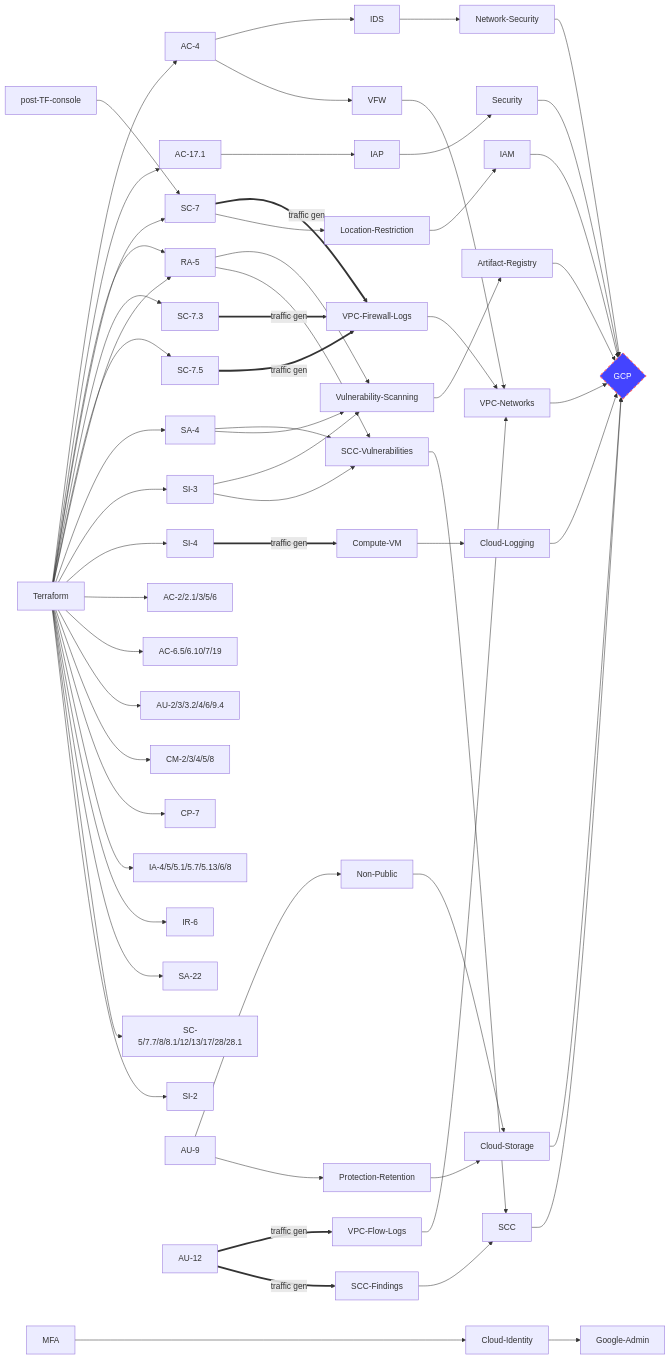
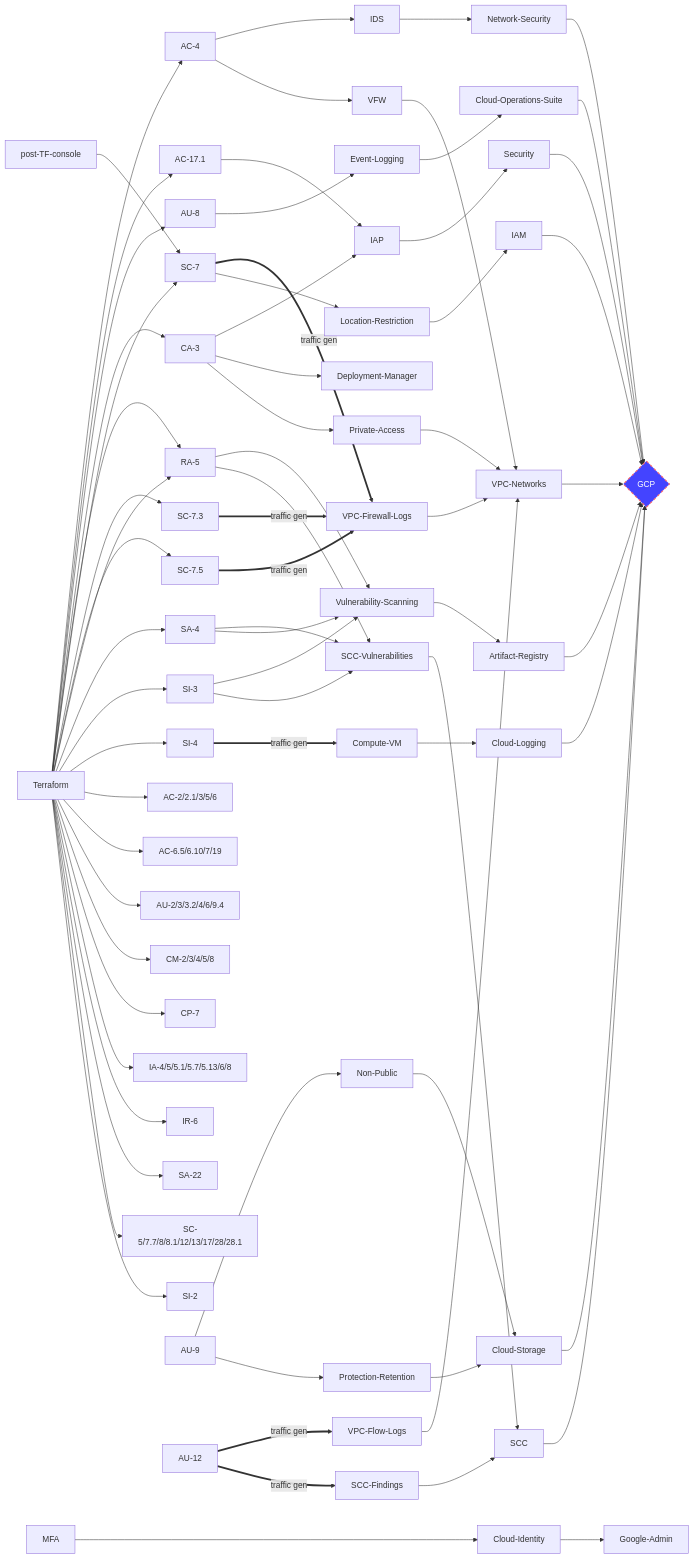
One commit to GoogleCloudPlatform/pbmm-on-gcp-onboarding changed the first of 2 diagrams in docs/google-cloud-security-controls.md. Above: the diagram before and after it, drawn with Mermaid. The commit also changed other lines of this file, not shown here.

````diff
--- a/docs/google-cloud-security-controls.md
+++ b/docs/google-cloud-security-controls.md
@@ -6,76 +6,85 @@
 ```mermaid
 graph LR;
     style GCP fill:#44f,stroke:#f66,stroke-width:2px,color:#fff,stroke-dasharray: 5 5
     Terraform-->AC-4;
     Terraform-->AC-17.1;
+    Terraform-->AU-8;
+    Terraform-->CA-3;
     Terraform-->RA-5;
     Terraform-->SC-7;
     Terraform-->SC-7.3;    
     Terraform-->SC-7.5;
     Terraform-->RA-5;
     Terraform-->SA-4
     Terraform-->SI-3;
     Terraform-->SI-4;
     
     
     Terraform-->AC-2/2.1/3/5/6;
     Terraform-->AC-6.5/6.10/7/19;
     Terraform-->AU-2/3/3.2/4/6/9.4;
     Terraform-->CM-2/3/4/5/8;
     Terraform-->CP-7;
     Terraform-->IA-4/5/5.1/5.7/5.13/6/8;
     Terraform-->IR-6;
     Terraform-->SA-22;
     Terraform-->SC-5/7.7/8/8.1/12/13/17/28/28.1;
     Terraform-->SI-2;
     
     AC-4-->IDS;
     AC-4-->VFW;
     AC-17.1-->IAP;
+    AU-8-->Event-Logging;
     
     AU-9-->Non-Public-->Cloud-Storage;
     AU-9-->Protection-Retention-->Cloud-Storage;
     AU-12== traffic gen ==>VPC-Flow-Logs;
     AU-12== traffic gen ==>SCC-Findings;
+    CA-3-->IAP;
+    CA-3-->Deployment-Manager;
+    CA-3-->Private-Access;
     SC-7== traffic gen ==>VPC-Firewall-Logs;
     SC-7.3== traffic gen ==>VPC-Firewall-Logs;
     SC-7.5== traffic gen ==>VPC-Firewall-Logs;
     
     
     RA-5-->Vulnerability-Scanning;
     SA-4-->SCC-Vulnerabilities;
     SA-4-->Vulnerability-Scanning;
     RA-5-->SCC-Vulnerabilities;
     SI-3-->Vulnerability-Scanning;
     SI-3-->SCC-Vulnerabilities;
     SI-4== traffic gen ==>Compute-VM;
     
     post-TF-console-->SC-7-->Location-Restriction;
     
+    Event-Logging-->Cloud-Operations-Suite;
     IAP-->Security;
     SCC-Findings-->SCC;
     SCC-Vulnerabilities-->SCC;
     Vulnerability-Scanning-->Artifact-Registry;
     
     IDS-->Network-Security;
     Compute-VM-->Cloud-Logging;
 
     Artifact-Registry-->GCP;
+    Cloud-Operations-Suite-->GCP;
     Cloud-Logging-->GCP;
     Cloud-Storage-->GCP;
     IAM-->GCP;
     Location-Restriction-->IAM;
     Network-Security-->GCP;
+    Private-Access-->VPC-Networks;
     SCC-->GCP;
     Security-->GCP;
     MFA---->Cloud-Identity;
     Cloud-Identity-->Google-Admin;
     VFW-->VPC-Networks;
     VPC-Flow-Logs-->VPC-Networks;
     VPC-Firewall-Logs-->VPC-Networks;
     VPC-Networks-->GCP{GCP};
     
 
     
     
 ```
````
